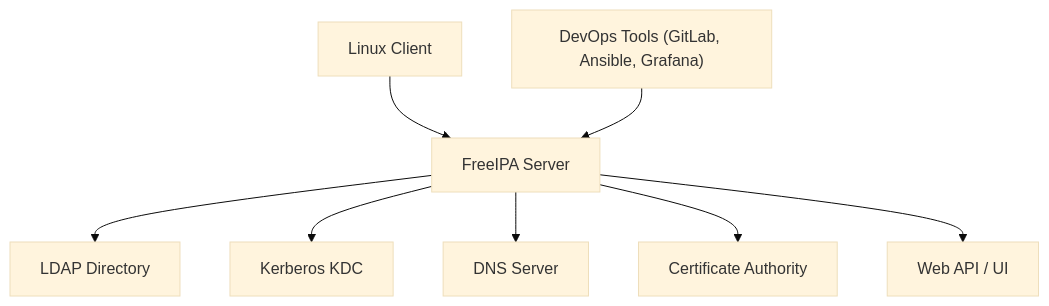
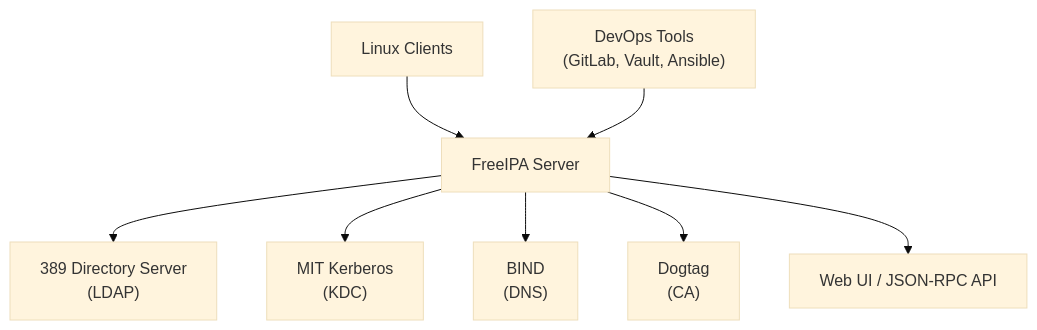
The first of 3 diagrams in content/posts/freeipa-setup.md (devitway/devopsway-blog), drawn with Mermaid (base theme) before and after one commit. The commit also changed other lines of this file and 2 other files, not shown here.

Commit message:
feat (docs): add nfs_autofs+vault

```diff
--- a/content/posts/freeipa-setup.md
+++ b/content/posts/freeipa-setup.md
@@ -71,15 +64,15 @@
 {{< mermaid >}}
 graph TD
-  Client["Linux Client"]
+  Client["Linux Clients"]
   Server["FreeIPA Server"]
-  DevOps["DevOps Tools (GitLab, Ansible, Grafana)"]
+  DevOps["DevOps Tools<br/>(GitLab, Vault, Ansible)"]
 
   Client --> Server
   DevOps --> Server
 
-  Server --> LDAP["LDAP Directory"]
-  Server --> Kerberos["Kerberos KDC"]
-  Server --> DNS["DNS Server"]
-  Server --> CA["Certificate Authority"]
-  Server --> WebAPI["Web API / UI"]
+  Server --> LDAP["389 Directory Server<br/>(LDAP)"]
+  Server --> Kerberos["MIT Kerberos<br/>(KDC)"]
+  Server --> DNS["BIND<br/>(DNS)"]
+  Server --> CA["Dogtag<br/>(CA)"]
+  Server --> WebAPI["Web UI / JSON-RPC API"]
 {{< /mermaid >}}
```
